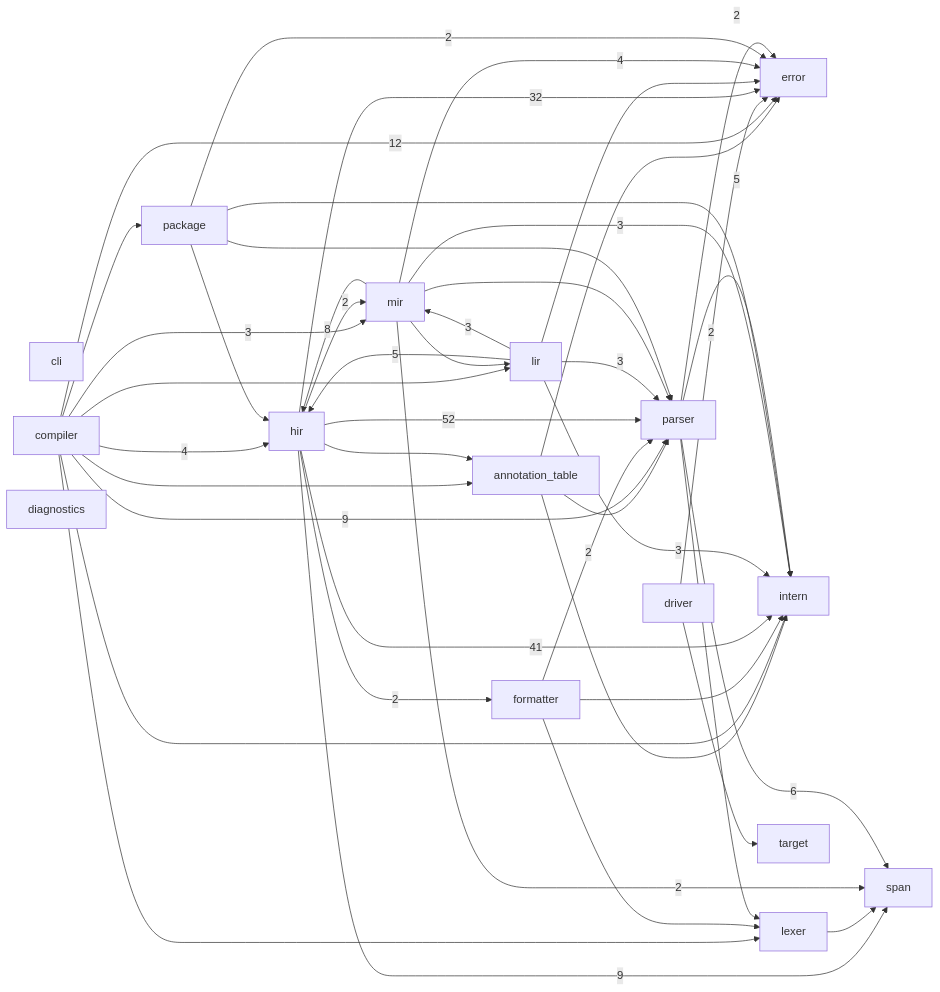
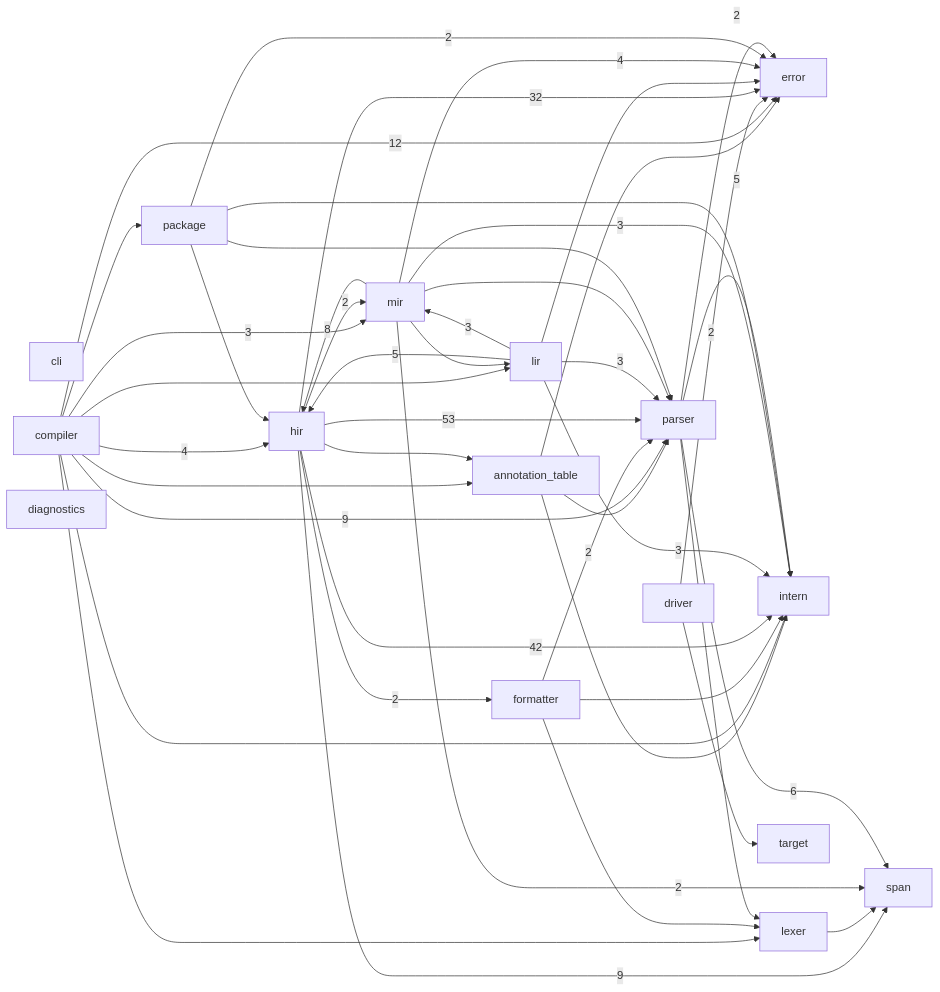
Before and after one commit to ayanami1ei/Ayanami-language: the diagram in docs/module-graph.md, drawn with Mermaid. The commit also changed other lines of this file and 9 other files, not shown here.

````diff
--- a/docs/module-graph.md
+++ b/docs/module-graph.md
@@ -6,63 +6,63 @@
 ```mermaid
 graph LR
     annotation_table
     cli
     compiler
     diagnostics
     driver
     error
     formatter
     hir
     intern
     lexer
     lir
     mir
     package
     parser
     span
     target
     annotation_table --> error
     annotation_table --> intern
     annotation_table --> parser
     compiler --> annotation_table
     compiler -->|12| error
     compiler -->|4| hir
     compiler --> intern
     compiler --> lexer
     compiler --> lir
     compiler -->|3| mir
     compiler --> package
     compiler -->|9| parser
     driver -->|2| error
     driver --> target
     formatter --> intern
     formatter --> lexer
     formatter -->|2| parser
     hir --> annotation_table
     hir -->|32| error
     hir -->|2| formatter
-    hir -->|41| intern
+    hir -->|42| intern
     hir -->|2| mir
-    hir -->|52| parser
+    hir -->|53| parser
     hir -->|9| span
     lexer --> span
     lir --> error
     lir -->|5| hir
     lir -->|3| intern
     lir -->|3| mir
     lir -->|3| parser
     mir -->|4| error
     mir -->|8| hir
     mir -->|3| intern
     mir --> lir
     mir --> parser
     mir -->|2| span
     package -->|2| error
     package --> hir
     package --> intern
     package --> parser
     parser -->|2| error
     parser -->|5| intern
     parser --> lexer
     parser -->|6| span
 ```
````
